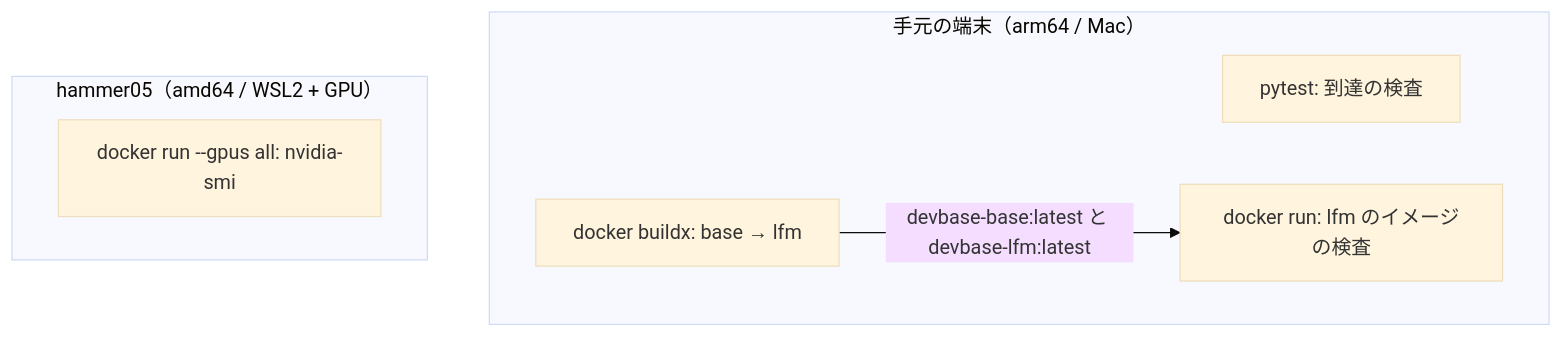
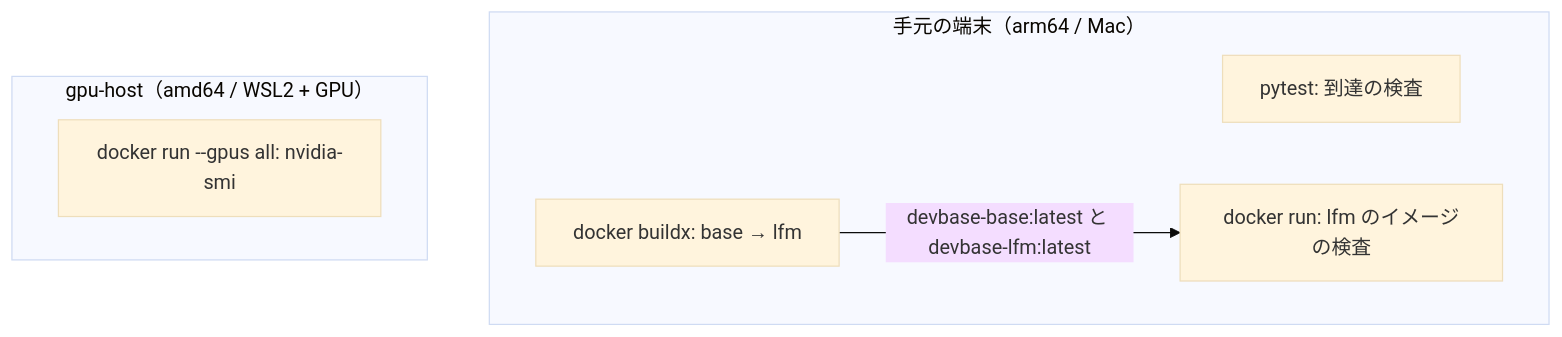
Before and after one commit to devbasex/devbase: the third of 6 diagrams in issues/old/issue-275-design.md, drawn with Mermaid (base theme). The commit also changed other lines of this file and 22 other files, not shown here.

````diff
--- a/issues/old/issue-275-design.md
+++ b/issues/old/issue-275-design.md
@@ -132,12 +132,12 @@
 ```mermaid
 graph TD
     subgraph 手元の端末["手元の端末（arm64 / Mac）"]
         P[pytest: 到達の検査]
         B[docker buildx: base → lfm]
         R[docker run: lfm のイメージの検査]
     end
-    subgraph hammer05["hammer05（amd64 / WSL2 + GPU）"]
+    subgraph gpu-host["gpu-host（amd64 / WSL2 + GPU）"]
         G[docker run --gpus all: nvidia-smi]
     end
     B -->|devbase-base:latest と devbase-lfm:latest| R
 ```
````
